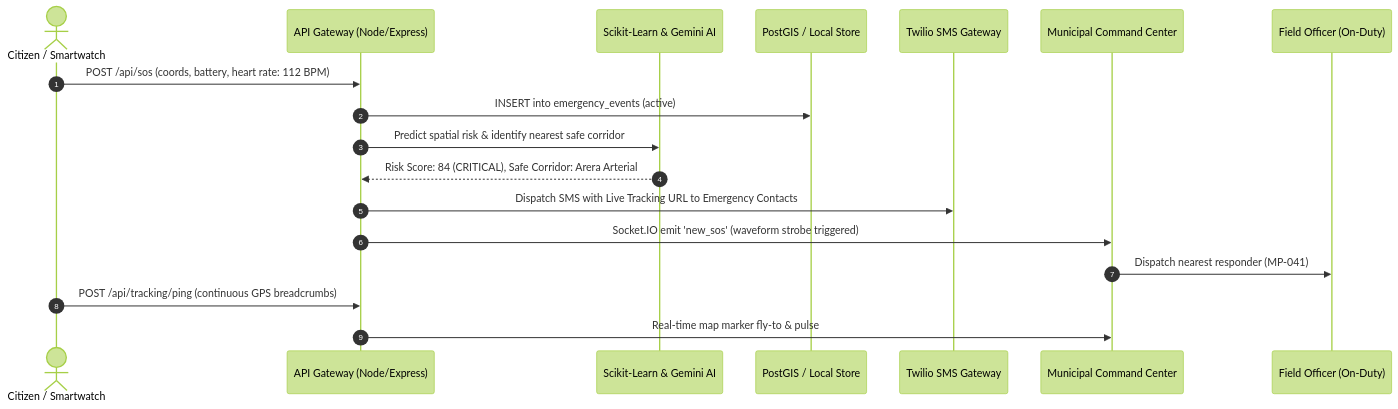
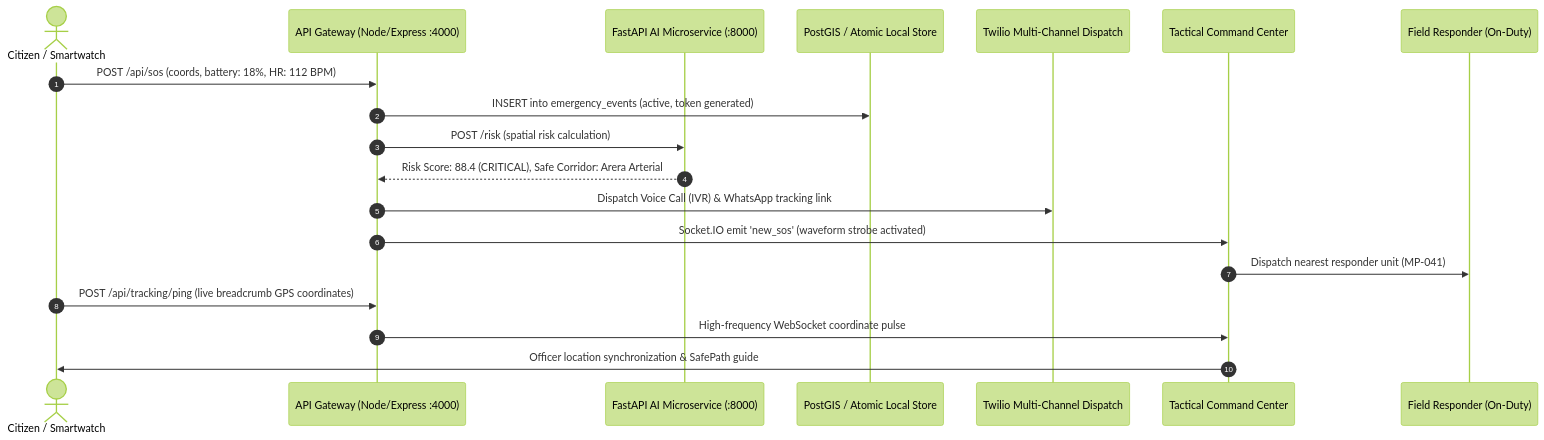
One commit to yajatkataria08-a11y/NagarsetuV2.0 changed the second of 2 diagrams in README.md. Above: the diagram before and after it, drawn with Mermaid (forest theme). The commit also changed other lines of this file, not shown here.

Commit message:
docs: complete enterprise architectural guide, API catalog, and deployment handbook for NagarSetu V2.0

````diff
--- a/README.md
+++ b/README.md
@@ -108,21 +135,22 @@
 ```mermaid
 sequenceDiagram
     autonumber
     actor Citizen as Citizen / Smartwatch
-    participant Gateway as API Gateway (Node/Express)
-    participant AI as Scikit-Learn & Gemini AI
-    participant DB as PostGIS / Local Store
-    participant Twilio as Twilio SMS Gateway
-    participant Dashboard as Municipal Command Center
-    participant Officer as Field Officer (On-Duty)
+    participant Gateway as API Gateway (Node/Express :4000)
+    participant AI as FastAPI AI Microservice (:8000)
+    participant DB as PostGIS / Atomic Local Store
+    participant Twilio as Twilio Multi-Channel Dispatch
+    participant Dashboard as Tactical Command Center
+    participant Officer as Field Responder (On-Duty)
 
-    Citizen->>Gateway: POST /api/sos (coords, battery, heart rate: 112 BPM)
-    Gateway->>DB: INSERT into emergency_events (active)
-    Gateway->>AI: Predict spatial risk & identify nearest safe corridor
-    AI-->>Gateway: Risk Score: 84 (CRITICAL), Safe Corridor: Arera Arterial
-    Gateway->>Twilio: Dispatch SMS with Live Tracking URL to Emergency Contacts
-    Gateway->>Dashboard: Socket.IO emit 'new_sos' (waveform strobe triggered)
-    Dashboard->>Officer: Dispatch nearest responder (MP-041)
-    Citizen->>Gateway: POST /api/tracking/ping (continuous GPS breadcrumbs)
-    Gateway->>Dashboard: Real-time map marker fly-to & pulse
+    Citizen->>Gateway: POST /api/sos (coords, battery: 18%, HR: 112 BPM)
+    Gateway->>DB: INSERT into emergency_events (active, token generated)
+    Gateway->>AI: POST /risk (spatial risk calculation)
+    AI-->>Gateway: Risk Score: 88.4 (CRITICAL), Safe Corridor: Arera Arterial
+    Gateway->>Twilio: Dispatch Voice Call (IVR) & WhatsApp tracking link
+    Gateway->>Dashboard: Socket.IO emit 'new_sos' (waveform strobe activated)
+    Dashboard->>Officer: Dispatch nearest responder unit (MP-041)
+    Citizen->>Gateway: POST /api/tracking/ping (live breadcrumb GPS coordinates)
+    Gateway->>Dashboard: High-frequency WebSocket coordinate pulse
+    Dashboard->>Citizen: Officer location synchronization & SafePath guide
 ```
````
